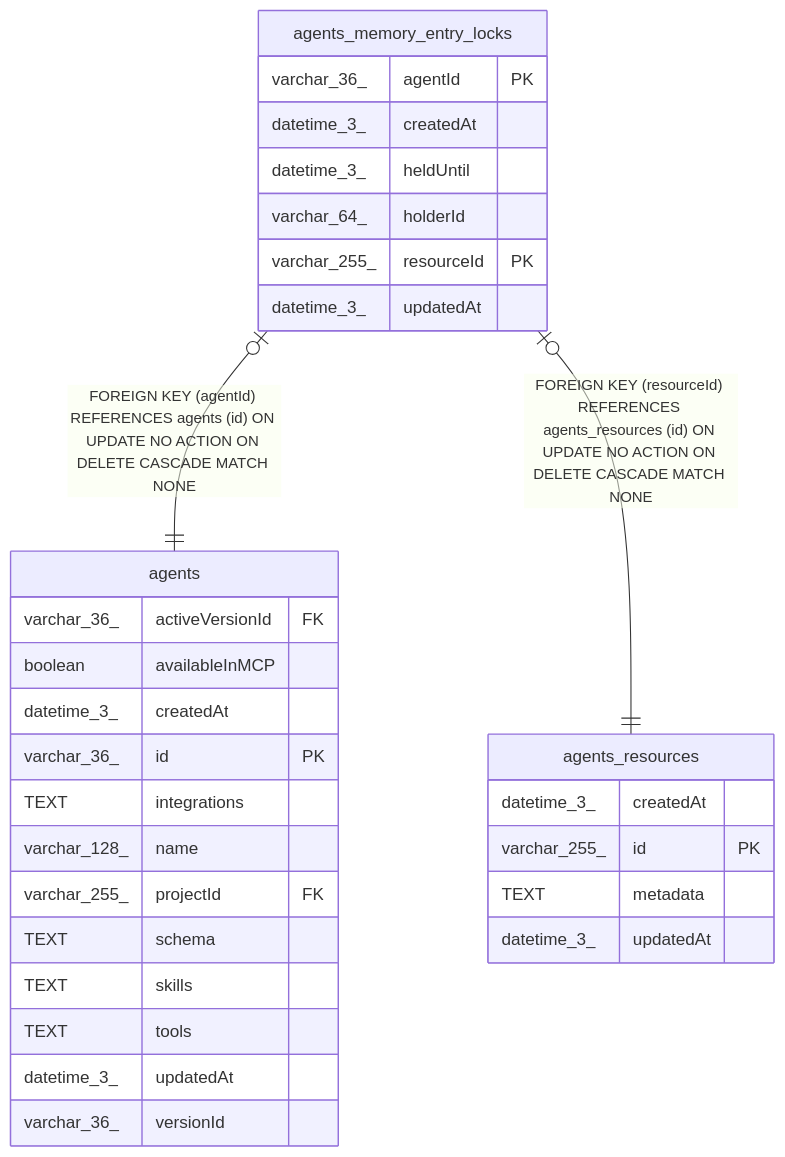
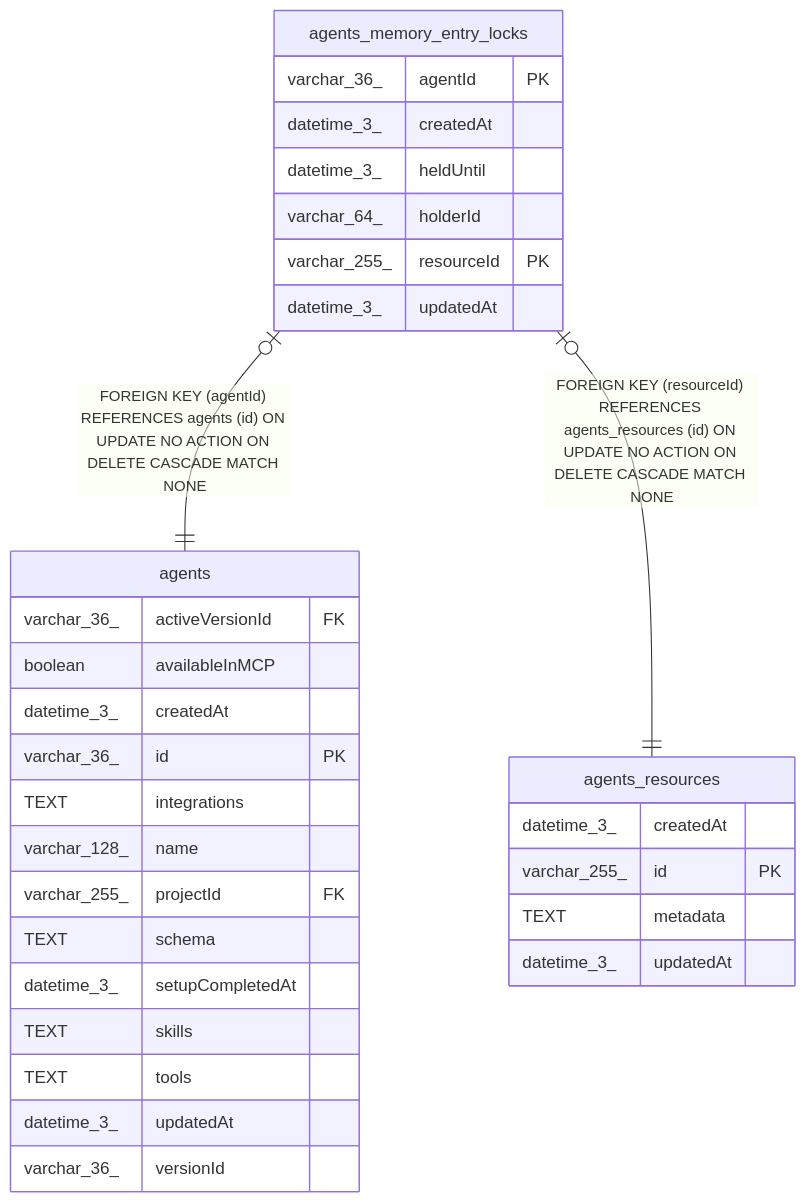
The diagram in docs/generated/sqlite-schema/agents_memory_entry_locks.md (mayankjain1815-commits/n8n), drawn with Mermaid before and after one commit. The commit also changed 51 other files, not shown here.

````diff
--- a/docs/generated/sqlite-schema/agents_memory_entry_locks.md
+++ b/docs/generated/sqlite-schema/agents_memory_entry_locks.md
@@ -44,35 +44,36 @@
 ```mermaid
 erDiagram
 
 "agents_memory_entry_locks" |o--|| "agents" : "FOREIGN KEY (agentId) REFERENCES agents (id) ON UPDATE NO ACTION ON DELETE CASCADE MATCH NONE"
 "agents_memory_entry_locks" |o--|| "agents_resources" : "FOREIGN KEY (resourceId) REFERENCES agents_resources (id) ON UPDATE NO ACTION ON DELETE CASCADE MATCH NONE"
 
 "agents_memory_entry_locks" {
   varchar_36_ agentId PK
   datetime_3_ createdAt
   datetime_3_ heldUntil
   varchar_64_ holderId
   varchar_255_ resourceId PK
   datetime_3_ updatedAt
 }
 "agents" {
   varchar_36_ activeVersionId FK
   boolean availableInMCP
   datetime_3_ createdAt
   varchar_36_ id PK
   TEXT integrations
   varchar_128_ name
   varchar_255_ projectId FK
   TEXT schema
+  datetime_3_ setupCompletedAt
   TEXT skills
   TEXT tools
   datetime_3_ updatedAt
   varchar_36_ versionId
 }
 "agents_resources" {
   datetime_3_ createdAt
   varchar_255_ id PK
   TEXT metadata
   datetime_3_ updatedAt
 }
 ```
````
